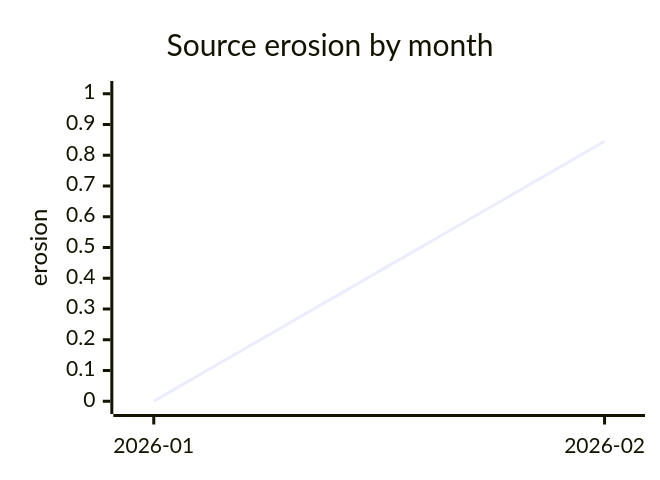
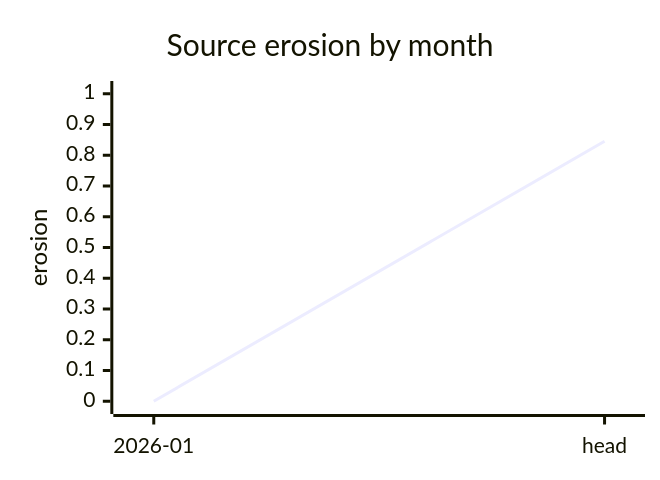
One commit to SolenesInc/slopradar changed the first of 2 diagrams in testdata/report/diff.md. Above: the diagram before and after it, drawn with Mermaid. The commit also changed other lines of this file and 8 other files, not shown here.

````diff
--- a/testdata/report/diff.md
+++ b/testdata/report/diff.md
@@ -53,8 +53,8 @@
 ```mermaid
 %%{init: {"xyChart": {"width": 420, "height": 300}}}%%
 xychart-beta
     title "Source erosion by month"
-    x-axis ["2026-01", "2026-02"]
+    x-axis ["2026-01", "head"]
     y-axis "erosion" 0 --> 1
     line [0.000000, 0.845397]
 ```
````
